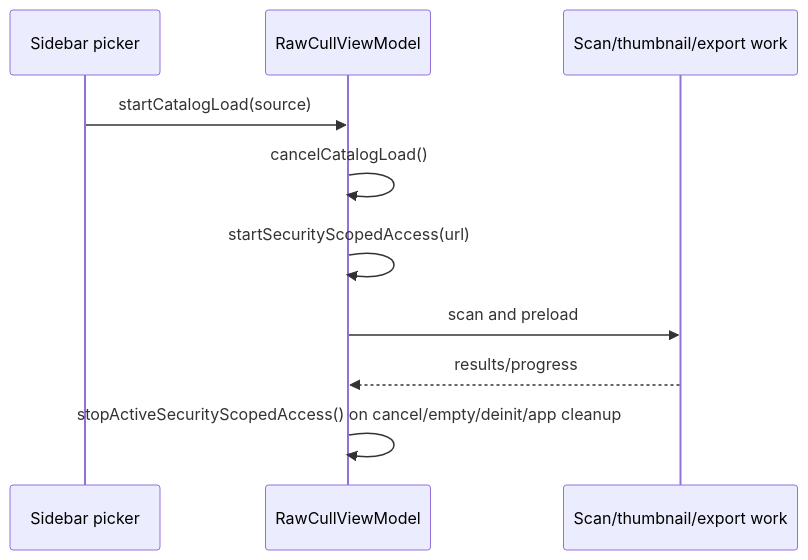
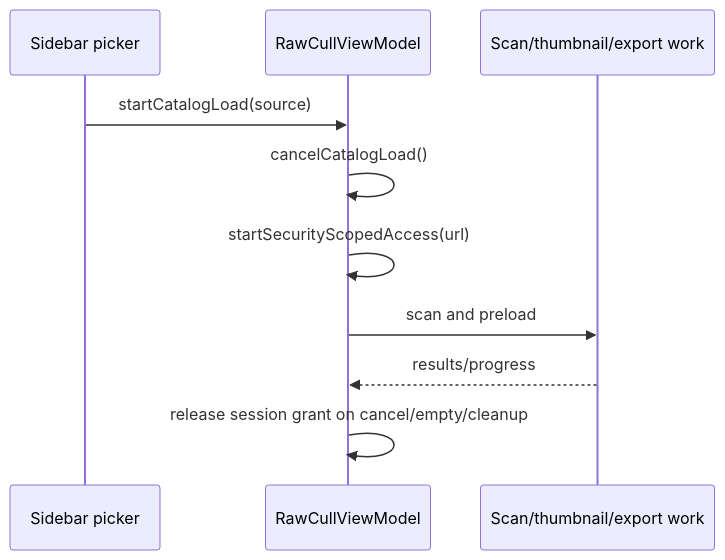
Before and after one commit to rsyncOSX/TechDocRawcull: the first of 4 diagrams in content/en/docs/security.md, drawn with Mermaid. The commit also changed other lines of this file and 26 other files, not shown here.

````diff
--- a/content/en/docs/security.md
+++ b/content/en/docs/security.md
@@ -54,12 +56,12 @@
 ```mermaid
 sequenceDiagram
     participant UI as Sidebar picker
     participant VM as RawCullViewModel
     participant Work as Scan/thumbnail/export work
     UI->>VM: startCatalogLoad(source)
     VM->>VM: cancelCatalogLoad()
     VM->>VM: startSecurityScopedAccess(url)
     VM->>Work: scan and preload
     Work-->>VM: results/progress
-    VM->>VM: stopActiveSecurityScopedAccess() on cancel/empty/deinit/app cleanup
+    VM->>VM: release session grant on cancel/empty/cleanup
 ```
````
